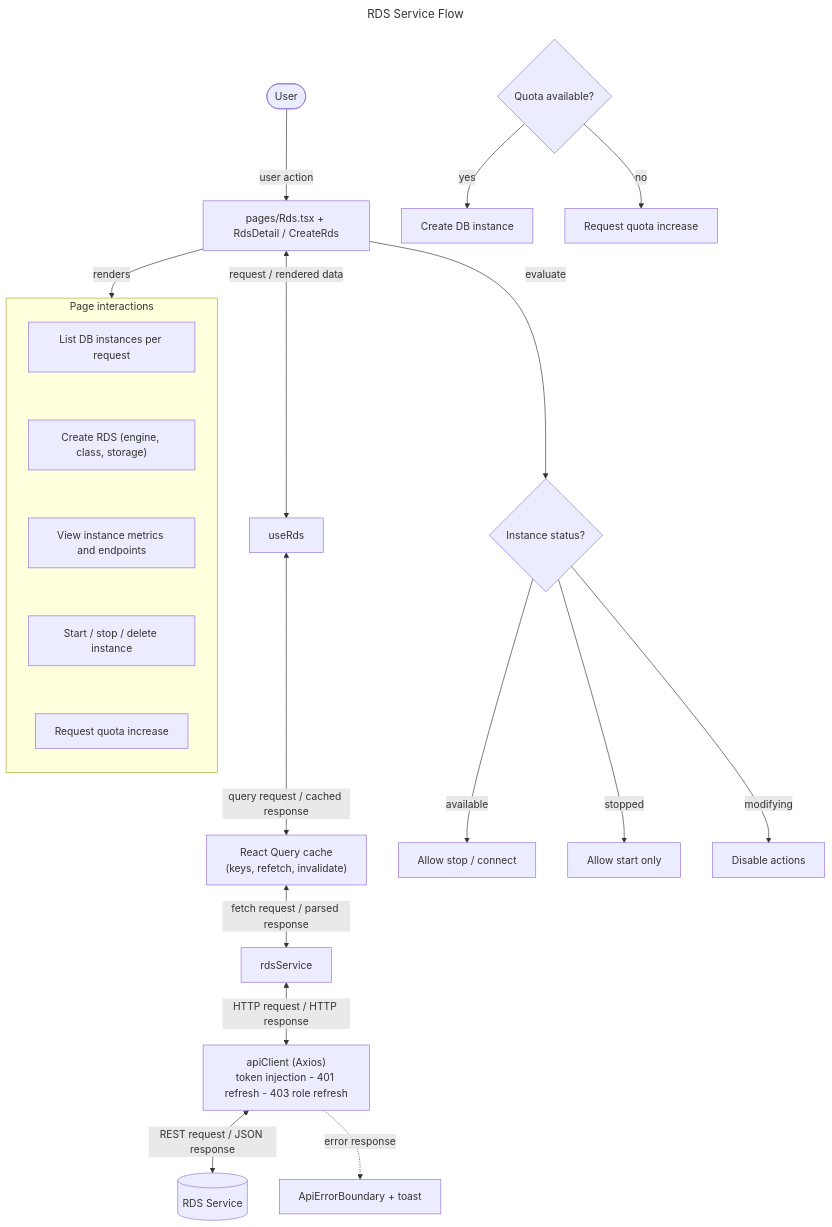
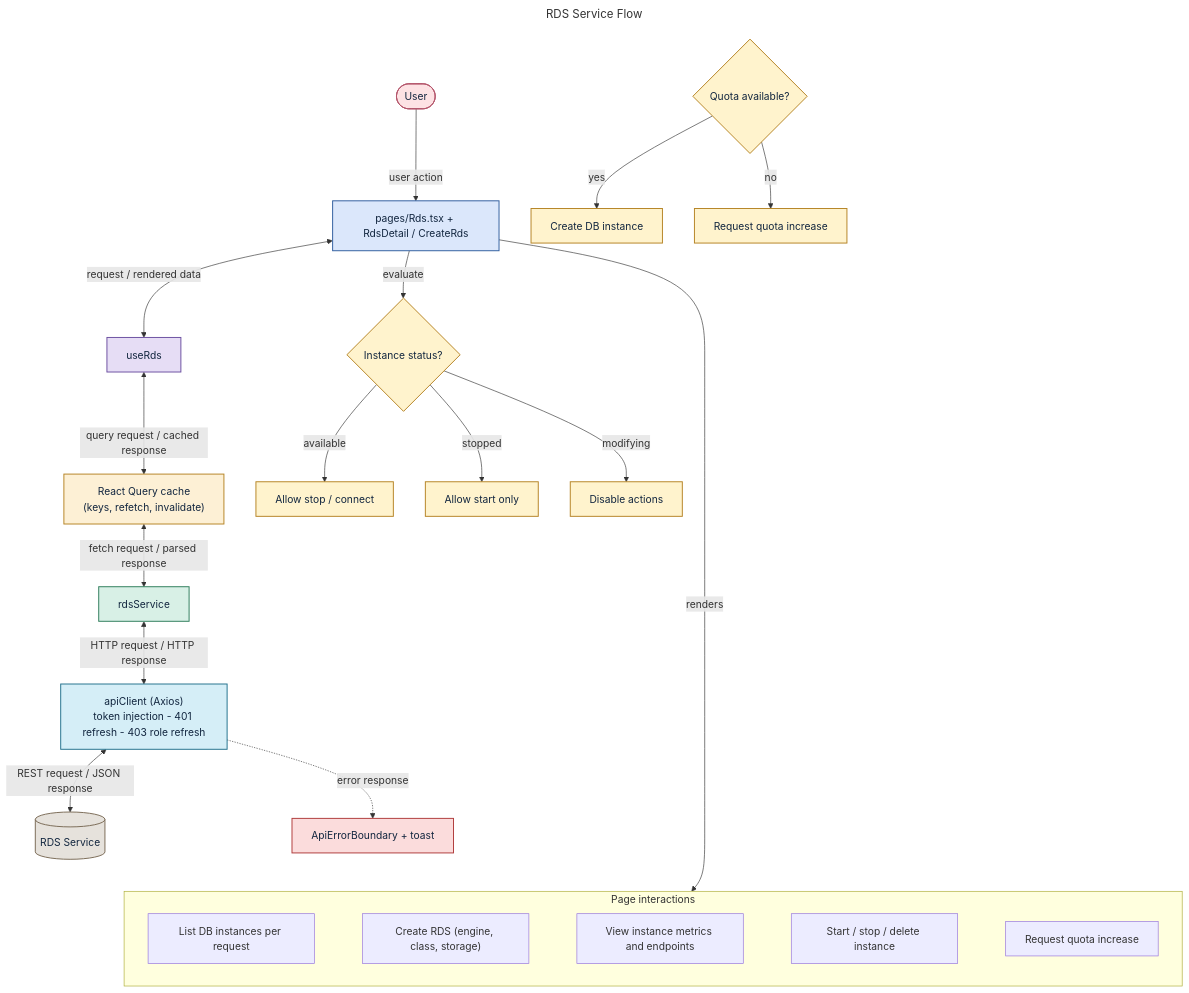
One commit to sayeeduddinofficial/user-table-view changed the diagram in docs/flowcharts/rds.mmd. Above: the diagram before and after it, drawn with Mermaid. The commit also changed 41 other files, not shown here.

Commit message:
Flowcharts

```diff
--- a/docs/flowcharts/rds.mmd
+++ b/docs/flowcharts/rds.mmd
@@ -1,29 +1,50 @@
 ---
 title: RDS Service Flow
 ---
 flowchart TD
   U([User]) -->|"user action"| P["pages/Rds.tsx + RdsDetail / CreateRds"]
   P <-->|"request / rendered data"| H["useRds"]
   H <-->|"query request / cached response"| Q["React Query cache<br/>(keys, refetch, invalidate)"]
   Q <-->|"fetch request / parsed response"| A["rdsService"]
   A <-->|"HTTP request / HTTP response"| C["apiClient (Axios)<br/>token injection - 401 refresh - 403 role refresh"]
   C <-->|"REST request / JSON response"| S[("RDS Service")]
   P -->|"renders"| UI
   subgraph UI[Page interactions]
-    direction TB
+    direction LR
     S0["List DB instances per request"]
     S1["Create RDS (engine, class, storage)"]
     S2["View instance metrics and endpoints"]
     S3["Start / stop / delete instance"]
     S4["Request quota increase"]
     S0 ~~~ S1 ~~~ S2 ~~~ S3 ~~~ S4
   end
   C -. "error response" .-> E["ApiErrorBoundary + toast"]
+  E ~~~ UI
 
   %% ---- Key decisions ----
   P -->|"evaluate"| X0
   X0{"Instance status?"} -->|"available"| X1["Allow stop / connect"]
   X0 -->|"stopped"| X2["Allow start only"]
   X0 -->|"modifying"| X3["Disable actions"]
   X4{"Quota available?"} -->|"yes"| X5["Create DB instance"]
   X4 -->|"no"| X6["Request quota increase"]
+
+%% ---- styles ----
+classDef actor fill:#fde2e4,stroke:#b3546a,stroke-width:1.5px,color:#12263f;
+classDef page fill:#dbe7fb,stroke:#2f5d9e,stroke-width:1.5px,color:#12263f;
+classDef hook fill:#e6ddf5,stroke:#6b4fa0,stroke-width:1.5px,color:#12263f;
+classDef cache fill:#fdf0d5,stroke:#b58324,stroke-width:1.5px,color:#12263f;
+classDef api fill:#d8f0e6,stroke:#2e7d5b,stroke-width:1.5px,color:#12263f;
+classDef client fill:#d5eef7,stroke:#22708c,stroke-width:1.5px,color:#12263f;
+classDef svc fill:#e6e2dc,stroke:#7a6a55,stroke-width:1.5px,color:#12263f;
+classDef err fill:#fbdcdc,stroke:#b03a3a,stroke-width:1.5px,color:#12263f;
+classDef dec fill:#fff3cd,stroke:#b58324,stroke-width:1.5px,color:#12263f;
+class A api;
+class C client;
+class E err;
+class H hook;
+class P page;
+class Q cache;
+class S svc;
+class U actor;
+class X0,X1,X2,X3,X4,X5,X6 dec;
```
